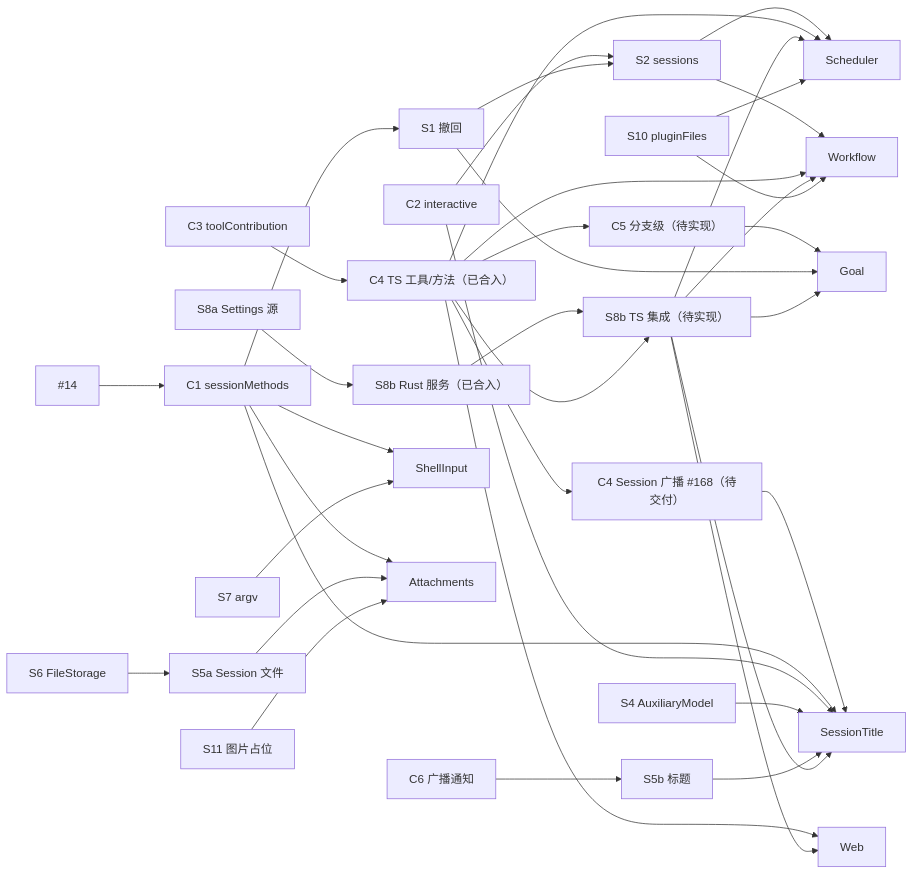
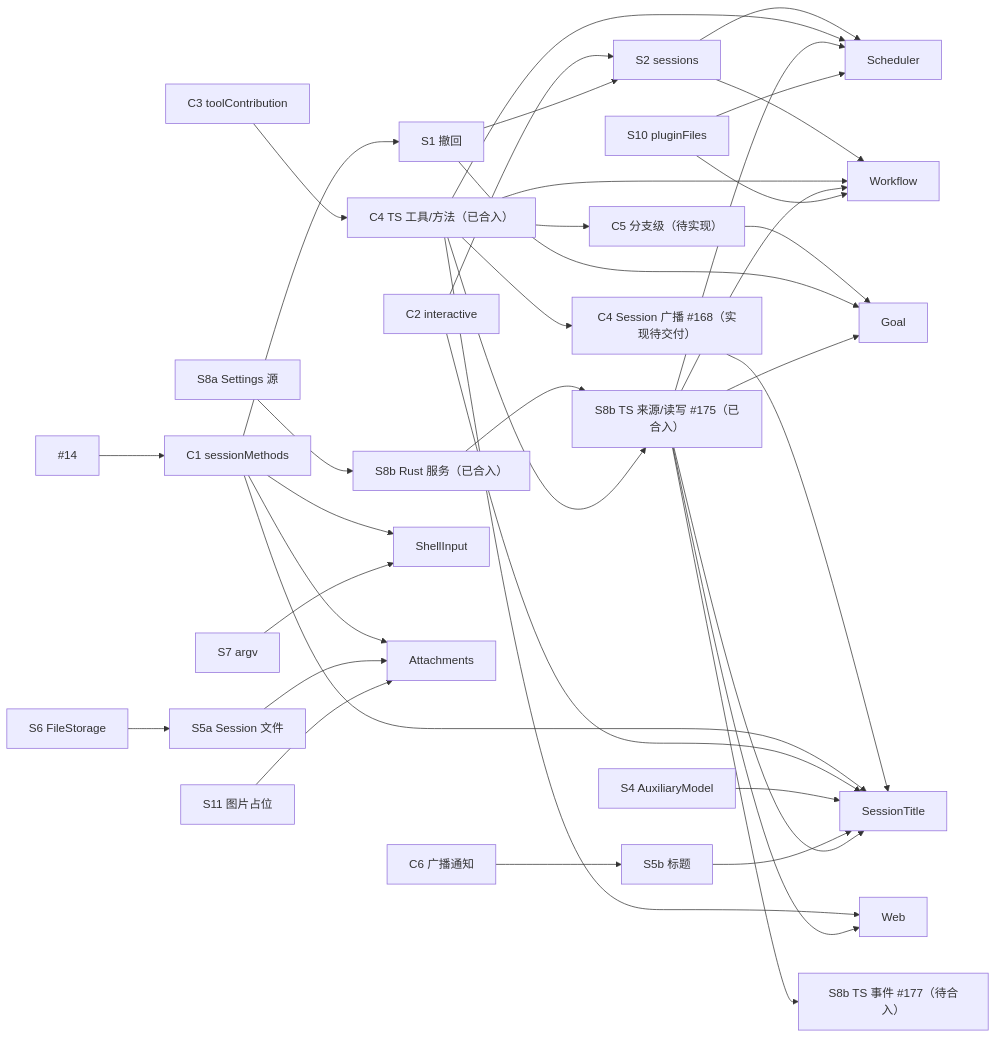
One commit to CoutinhoTTS/dim-agent changed the diagram in docs/design/roadmap.md. Above: the diagram before and after it, drawn with Mermaid. The commit also changed other lines of this file, not shown here.

Commit message:
docs: reflect merged Settings and CLI deliveries in roadmap

````diff
--- a/docs/design/roadmap.md
+++ b/docs/design/roadmap.md
@@ -174,37 +174,38 @@
 ```mermaid
 flowchart LR
   PR14["#14"] --> C1["C1 sessionMethods"]
   C3["C3 toolContribution"] --> C4["C4 TS 工具/方法（已合入）"] --> C5["C5 分支级（待实现）"]
   C1 --> S1["S1 撤回"]
   C2["C2 interactive"] --> S2["S2 sessions"]
   S1 --> S2
   C6["C6 广播通知"] --> S5b["S5b 标题"]
   S6["S6 FileStorage"] --> S5a["S5a Session 文件"]
 
   C1 --> SH["ShellInput"]
   S7["S7 argv"] --> SH
   C1 --> AT["Attachments"]
   S5a --> AT
   S11["S11 图片占位"] --> AT
   C4 --> WEB["Web"]
-  S8a["S8a Settings 源"] --> S8bRust["S8b Rust 服务（已合入）"] --> S8b["S8b TS 集成（待实现）"]
+  S8a["S8a Settings 源"] --> S8bRust["S8b Rust 服务（已合入）"] --> S8b["S8b TS 来源/读写 #175（已合入）"]
   C4 --> S8b
+  S8b --> S8bEvents["S8b TS 事件 #177（待合入）"]
   S8b --> WEB
-  C4 --> Broadcast["C4 Session 广播 #168（待交付）"] --> ST["SessionTitle"]
+  C4 --> Broadcast["C4 Session 广播 #168（实现待交付）"] --> ST["SessionTitle"]
   C1 --> ST
   C2 --> ST
   S4["S4 AuxiliaryModel"] --> ST
   S5b --> ST
   S8b --> ST
   C5 --> GO["Goal"]
   S1 --> GO
   S8b --> GO
   S2 --> SC["Scheduler"]
   S2 --> WF["Workflow"]
   C4 --> SC
   C4 --> WF
   S8b --> SC
   S8b --> WF
   S10["S10 pluginFiles"] --> SC
   S10 --> WF
 ```
````
